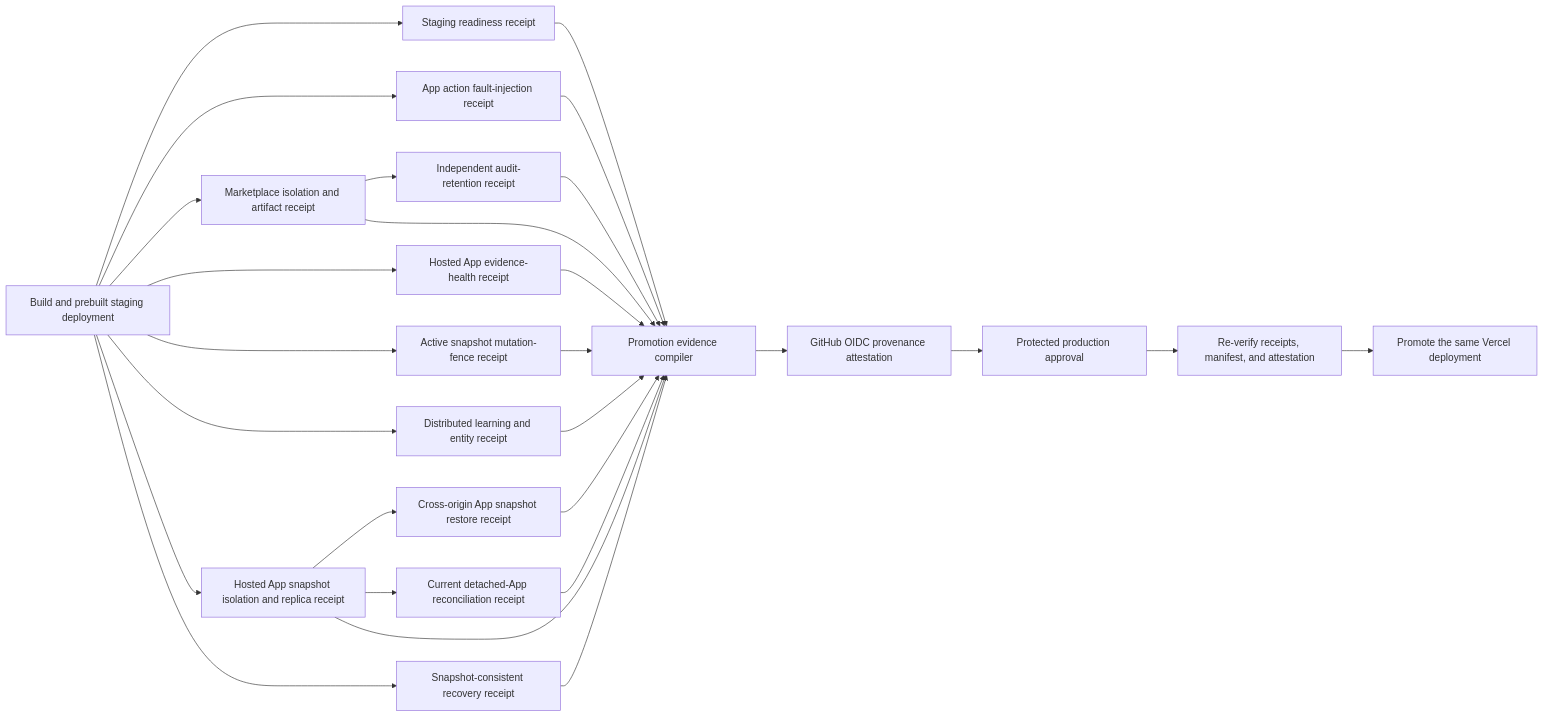
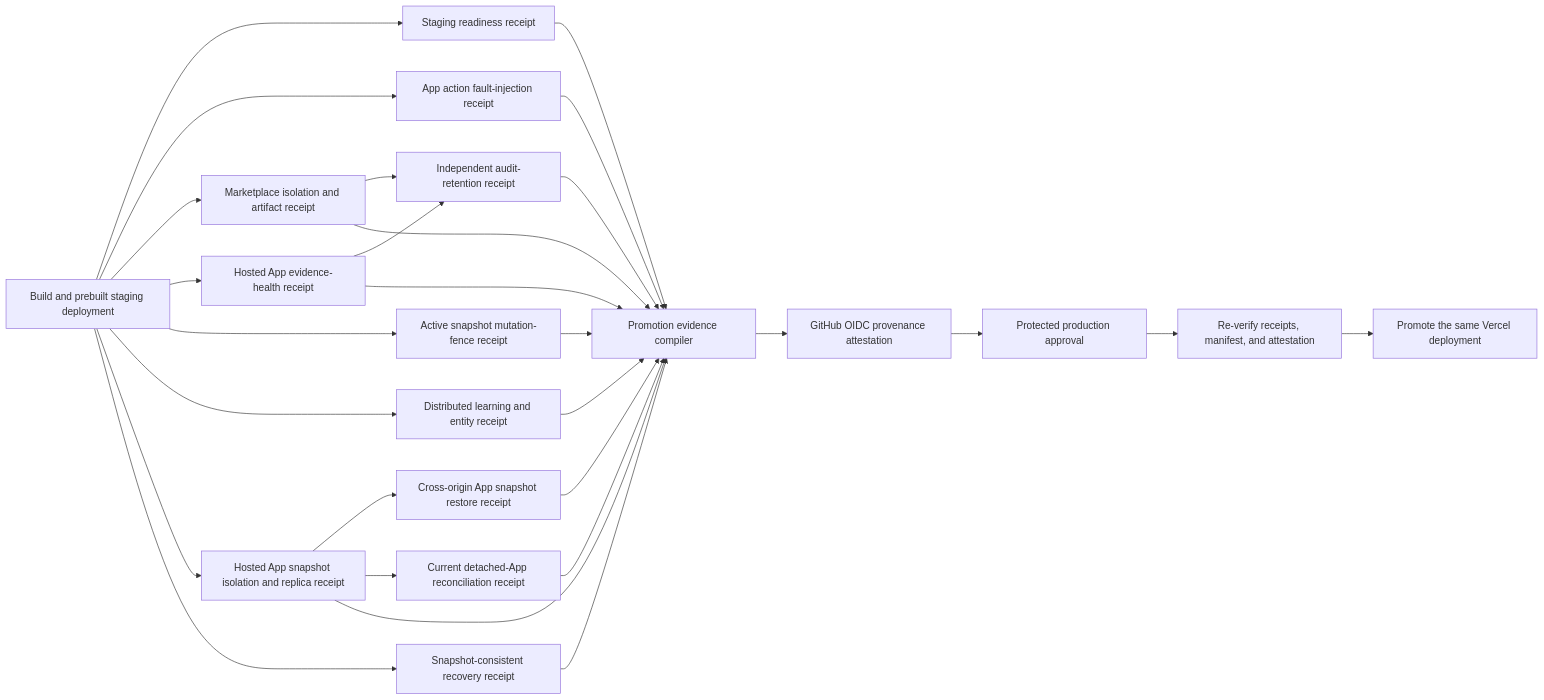
The diagram in docs/PRODUCTION-PROMOTION-EVIDENCE.md (mrrkrieg/loopgraph), drawn with Mermaid before and after one commit. The commit also changed other lines of this file and 17 other files, not shown here.

````diff
--- a/docs/PRODUCTION-PROMOTION-EVIDENCE.md
+++ b/docs/PRODUCTION-PROMOTION-EVIDENCE.md
@@ -8,29 +8,30 @@
 ```mermaid
 flowchart LR
   V["Build and prebuilt staging deployment"] --> S["Staging readiness receipt"]
   V --> F["App action fault-injection receipt"]
   V --> M["Marketplace isolation and artifact receipt"]
   V --> D["Hosted App evidence-health receipt"]
   V --> Q["Active snapshot mutation-fence receipt"]
   V --> L["Distributed learning and entity receipt"]
   V --> H["Hosted App snapshot isolation and replica receipt"]
   H --> B["Cross-origin App snapshot restore receipt"]
   H --> C["Current detached-App reconciliation receipt"]
   V --> R["Snapshot-consistent recovery receipt"]
   M --> A["Independent audit-retention receipt"]
+  D --> A
   S --> E["Promotion evidence compiler"]
   F --> E
   M --> E
   D --> E
   Q --> E
   L --> E
   H --> E
   B --> E
   C --> E
   R --> E
   A --> E
   E --> T["GitHub OIDC provenance attestation"]
   T --> P["Protected production approval"]
   P --> X["Re-verify receipts, manifest, and attestation"]
   X --> Y["Promote the same Vercel deployment"]
 ```
````
